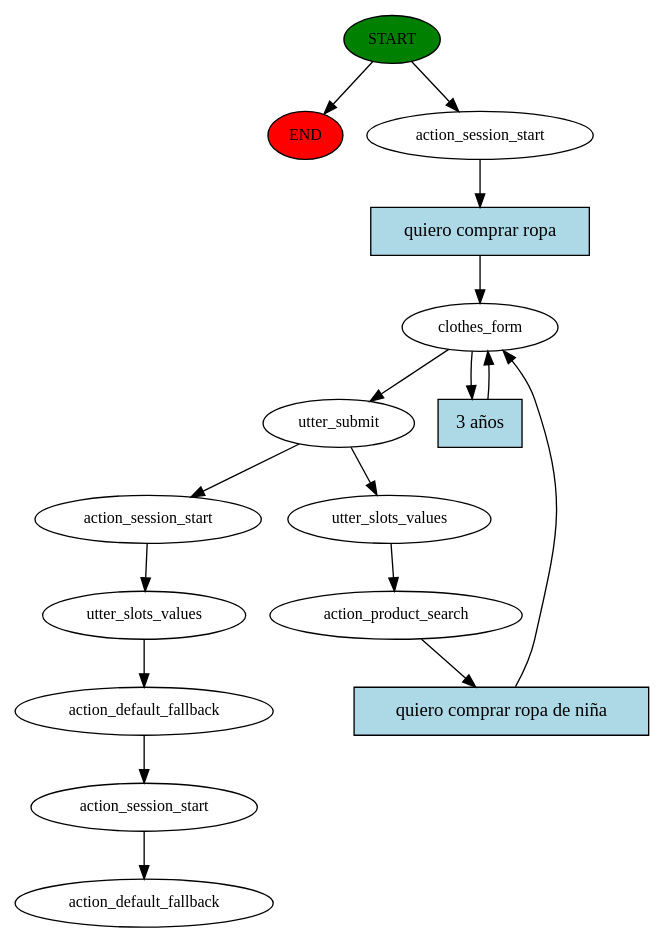
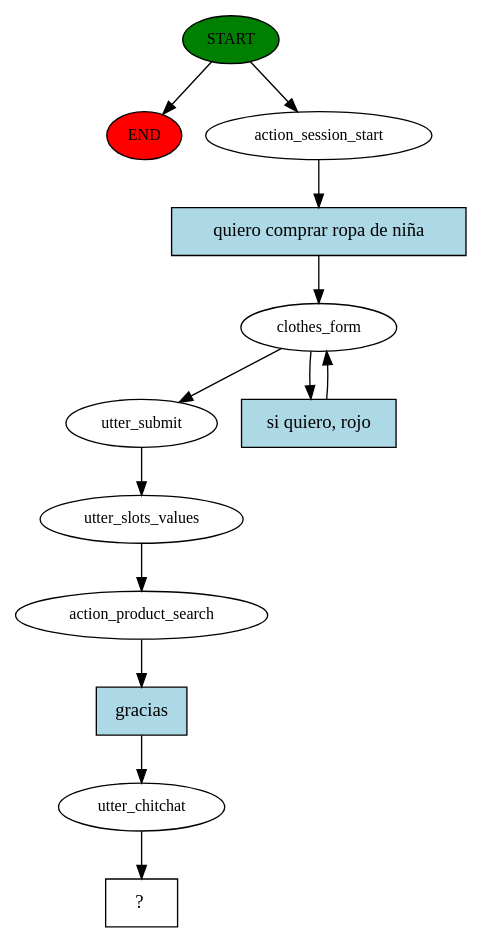
The diagram in chatbot/story_graph.dot (kabirivan/ChatBot-Clothes), drawn with Graphviz before and after one commit. The commit also changed 1 other file, not shown here.

```diff
--- a/chatbot/story_graph.dot
+++ b/chatbot/story_graph.dot
@@ -1,33 +1,26 @@
 digraph  {
 0 [class="start active", fillcolor=green, fontsize=12, label=START, style=filled];
 "-1" [class=end, fillcolor=red, fontsize=12, label=END, style=filled];
 1 [class=active, fontsize=12, label=action_session_start];
 2 [class=active, fontsize=12, label=clothes_form];
 6 [class=active, fontsize=12, label=utter_submit];
 7 [class=active, fontsize=12, label=utter_slots_values];
 8 [class=active, fontsize=12, label=action_product_search];
-18 [class=active, fontsize=12, label=action_session_start];
-19 [class=active, fontsize=12, label=utter_slots_values];
-20 [class=active, fontsize=12, label=action_default_fallback];
-21 [class=active, fontsize=12, label=action_session_start];
-22 [class="dashed active", fontsize=12, label=action_default_fallback];
-23 [class="intent active", fillcolor=lightblue, label="quiero comprar ropa", shape=rect, style=filled];
-24 [class="intent active", fillcolor=lightblue, label="3 años", shape=rect, style=filled];
-25 [class="intent active", fillcolor=lightblue, label="quiero comprar ropa de niña", shape=rect, style=filled];
+9 [class=active, fontsize=12, label=utter_chitchat];
+10 [class="intent dashed active", label="  ?  ", shape=rect];
+11 [class="intent active", fillcolor=lightblue, label="quiero comprar ropa de niña", shape=rect, style=filled];
+12 [class="intent active", fillcolor=lightblue, label="si quiero, rojo", shape=rect, style=filled];
+13 [class="intent active", fillcolor=lightblue, label=gracias, shape=rect, style=filled];
 0 -> "-1"  [class="", key=NONE, label=""];
 0 -> 1  [class=active, key=NONE, label=""];
-1 -> 23  [class=active, key=0];
+1 -> 11  [class=active, key=0];
 2 -> 6  [class=active, key=NONE, label=""];
-2 -> 24  [class=active, key=0];
+2 -> 12  [class=active, key=0];
 6 -> 7  [class=active, key=NONE, label=""];
-6 -> 18  [class=active, key=NONE, label=""];
 7 -> 8  [class=active, key=NONE, label=""];
-8 -> 25  [class=active, key=0];
-18 -> 19  [class=active, key=NONE, label=""];
-19 -> 20  [class=active, key=NONE, label=""];
-20 -> 21  [class=active, key=NONE, label=""];
-21 -> 22  [class=active, key=NONE, label=""];
-23 -> 2  [class=active, key=0];
-24 -> 2  [class=active, key=0];
-25 -> 2  [class=active, key=0];
+8 -> 13  [class=active, key=0];
+9 -> 10  [class=active, key=NONE, label=""];
+11 -> 2  [class=active, key=0];
+12 -> 2  [class=active, key=0];
+13 -> 9  [class=active, key=0];
 }
```
